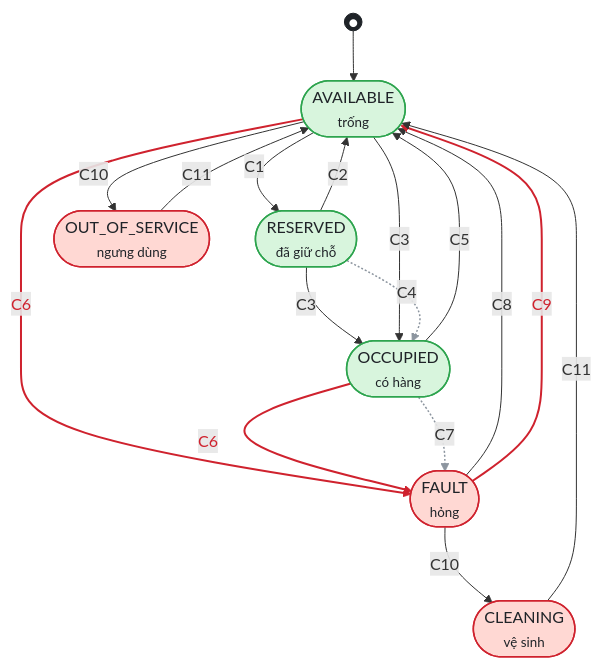
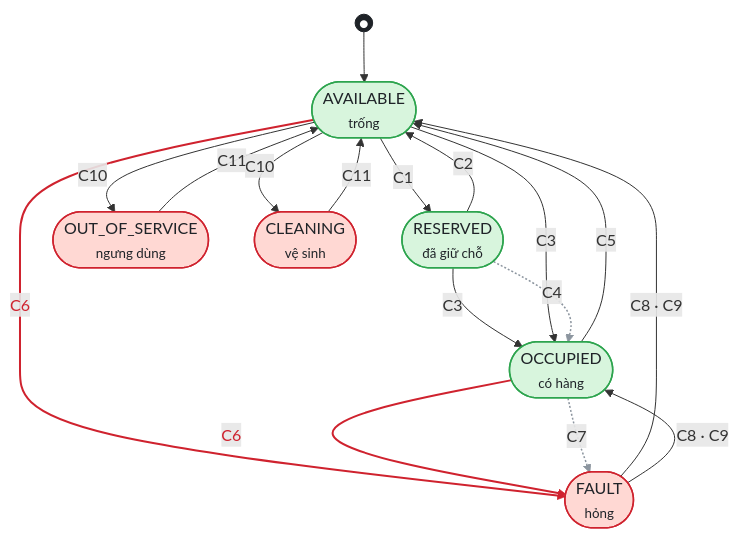
One commit to LockR-Tech/docs changed the diagram in diagrams/src/locker-cell-status.mmd. Above: the diagram before and after it, drawn with Mermaid. The commit also changed 14 other files, not shown here.

First line of the commit message:
docs: cập nhật luồng 2–5 (gửi hàng, thuê ô, bảo trì KTV tủ, trợ lý RAG) (#20)

```diff
--- a/diagrams/src/locker-cell-status.mmd
+++ b/diagrams/src/locker-cell-status.mmd
@@ -1,47 +1,47 @@
 %% @title Trạng thái Ô tủ — locker_boxes.status
-%% @subtitle Nguồn: <code>locker-service/…/model/LockerBox.java:50-55</code> · <code>LockerService.java:121-301</code> · <code>iot-service/…/IotService.java</code> — Luồng 2 &amp; 3 — rà soát code 2026-09-13
+%% @subtitle Nguồn: <code>locker-service/…/model/LockerBox.java</code> · <code>LockerService.java</code> · <code>iot-service/…/IotService.java</code> — Luồng 2 &amp; 3 — rà soát 2026-09-13, cập nhật 2026-09-21 theo backend #22
 %% @orientation portrait
 %% @legend <span class="sw ok"></span>Vòng đời thuê/gửi
 %% @legend <span class="sw bad"></span>Lỗi / bảo trì
 %% @legend <b>━</b> đã code &nbsp;<b style="color:#8c959f">┅</b> CHƯA code &nbsp;<b style="color:#cf222e">━</b> lỗ hổng
-%% @row C1 | AVAILABLE → RESERVED | <code>reserveBox</code> khi tạo đơn (nội bộ order→locker) | hệ thống | ô DRONE chỉ giữ được với channel=DRONE; <code>reservedUntil</code> = +24h; đồng bộ xuống tủ qua MQTT
+%% @row C1 | AVAILABLE → RESERVED | <code>reserveBox</code> khi tạo đơn (nội bộ order→locker) | hệ thống | tủ MAINTENANCE/INACTIVE bị từ chối (<code>LOCKER_NOT_ACTIVE</code>); ô DRONE chỉ giữ được với channel=DRONE; <code>reservedUntil</code> = +24h; đồng bộ xuống tủ qua MQTT
 %% @row C2 | RESERVED → AVAILABLE | quét TTL mỗi giờ · huỷ đơn | hệ thống | quét TTL không báo tủ; <b>có thể nhả ô của đơn drone còn chờ điều phối &gt; 24h</b>
-%% @row C3 | AVAILABLE · RESERVED → OCCUPIED | <code>occupyBox</code> khi <code>PUT /api/orders/{id}/confirm</code> | chủ đơn (qua app) | lỗi bị nuốt (best-effort); drone gửi hàng <b>không</b> set OCCUPIED
+%% @row C3 | AVAILABLE · RESERVED → OCCUPIED | <code>occupyBox</code> khi đơn được xác nhận bỏ hàng (app hoặc kiosk) | chủ đơn · người gửi tại tủ | lỗi bị nuốt (best-effort); drone gửi hàng <b>không</b> set OCCUPIED
 %% @row ~C4 | RESERVED → OCCUPIED · OCCUPIED → AVAILABLE | cảm biến cửa / kết quả mở tủ từ phần cứng | iot-service | CHƯA CÓ: trạng thái phần cứng được lưu nhưng không điều khiển vòng đời ô/đơn
-%% @row C5 | OCCUPIED → AVAILABLE | <code>releaseBox</code> khi đơn COMPLETED · EXPIRED · CANCELED | hệ thống | không nhả nếu ô đang FAULT / OUT_OF_SERVICE / CLEANING
-%% @row xC6 | mọi → FAULT | <code>POST /api/boxes/{id}/fault</code> | <b>mọi JWT, mọi ô</b> | không guard (kể cả ô đang có hàng); mỗi lần gọi mở 1 ticket mới
+%% @row C5 | OCCUPIED → AVAILABLE | <code>releaseBox</code> khi đơn COMPLETED · EXPIRED · CANCELED | hệ thống | ô đang FAULT / OUT_OF_SERVICE / CLEANING thì giữ nguyên; ô FAULT thì quên trạng thái đơn đã nhớ (sửa xong về AVAILABLE)
+%% @row xC6 | mọi → FAULT | <code>POST /api/boxes/{id}/fault</code> | <b>mọi JWT, mọi ô</b> | nhớ trạng thái trước khi hỏng (<code>pre_fault_status</code>); ô đã có phiếu mở ⇒ gộp vào phiếu đó; phiếu định tuyến cho KTV phụ trách tủ. Vẫn chưa kiểm người báo có liên quan tới ô (SEC-06)
 %% @row ~C7 | mọi → FAULT | mở tủ FAILED/JAMMED · heartbeat mất | iot-service | CHƯA CÓ tự động báo hỏng — hiện chỉ ghi access log
-%% @row C8 | FAULT → AVAILABLE | xử lý xong ticket (<code>resolve</code>) | LOCKER_TECHNICIAN · DRONE_TECHNICIAN · ADMIN | ô phải đang FAULT; không kiểm tra người được giao
-%% @row xC9 | mọi → AVAILABLE | <code>POST /api/locker-technician/boxes/{id}/clear-fault</code> | LOCKER_TECHNICIAN · DRONE_TECHNICIAN · ADMIN | <b>không guard</b>: giải phóng được ô đang có hàng; ticket vẫn OPEN
-%% @row C10 | AVAILABLE · FAULT → OUT_OF_SERVICE · CLEANING | <code>…/out-of-service</code> · <code>…/cleaning</code> | LOCKER_TECHNICIAN · DRONE_TECHNICIAN · ADMIN | cấm khi RESERVED/OCCUPIED; FAULT → CLEANING → AVAILABLE lách qua bước xoá lỗi
-%% @row C11 | OUT_OF_SERVICE · CLEANING → AVAILABLE | <code>…/return-to-service</code> | LOCKER_TECHNICIAN · DRONE_TECHNICIAN · ADMIN | không đồng bộ trạng thái xuống tủ
+%% @row C8 | FAULT → trạng thái trước khi hỏng | hoàn tất phiếu (<code>resolve</code>, KTV hoặc admin) | KTV được giao · ADMIN | về AVAILABLE / RESERVED / OCCUPIED như lúc báo hỏng; còn phiếu mở khác của ô thì giữ FAULT
+%% @row C9 | FAULT → trạng thái trước khi hỏng | <code>…/clear-fault</code> | LOCKER_TECHNICIAN · ADMIN | chỉ từ FAULT (409 <code>BOX_NOT_FAULT</code>); ô có phiếu mở ⇒ đi qua hoàn tất phiếu (chỉ người được giao, áp luật ảnh nghiệm thu)
+%% @row C10 | AVAILABLE → OUT_OF_SERVICE · CLEANING | <code>…/out-of-service</code> · <code>…/cleaning</code> | LOCKER_TECHNICIAN · ADMIN | cấm khi RESERVED/OCCUPIED và khi FAULT (409 <code>BOX_IN_FAULT</code>)
+%% @row C11 | OUT_OF_SERVICE · CLEANING → AVAILABLE | <code>…/return-to-service</code> | LOCKER_TECHNICIAN · ADMIN | không đồng bộ trạng thái xuống tủ
 %% @row xC12 | mọi → chuỗi bất kỳ | <code>updateBoxStatus</code> (admin) | ADMIN | web ghi giá trị <code>MAINTENANCE</code> không tồn tại ⇒ return-to-service từ chối
-%% @note Force-open (<code>POST /api/locker-technician/boxes/{id}/force-open</code>) mở cửa vật lý nhưng không đổi trạng thái ô. Locker ở trạng thái MAINTENANCE vẫn cho đặt ô (<code>findAvailableBox</code> không kiểm tra).
+%% @note Force-open (<code>POST /api/locker-technician/boxes/{id}/force-open</code>) mở cửa vật lý nhưng không đổi trạng thái ô. Tủ MAINTENANCE/INACTIVE: không nhận đặt ô, danh sách ô trống rỗng, <code>availableBoxes</code> = 0. Báo cáo sự cố chặn cả tủ (chỉ KTV tủ/ADMIN) đưa tủ vào MAINTENANCE; đóng phiếu chặn cuối cùng ⇒ tủ ACTIVE.
 %%{init: {"flowchart": {"nodeSpacing": 46, "rankSpacing": 50, "padding": 8, "curve": "basis"}}}%%
 flowchart TB
     S(("●")) --> AV(["AVAILABLE<br/><small>trống</small>"])
     AV -->|C1| RES(["RESERVED<br/><small>đã giữ chỗ</small>"])
     RES -->|C2| AV
     RES -->|C3| OCC(["OCCUPIED<br/><small>có hàng</small>"])
     AV -->|C3| OCC
     RES -.->|C4| OCC
     OCC -->|C5| AV
     AV -->|C6| FAULT(["FAULT<br/><small>hỏng</small>"])
     OCC -->|C6| FAULT
     OCC -.->|C7| FAULT
-    FAULT -->|C8| AV
-    FAULT -->|C9| AV
+    FAULT -->|C8 · C9| AV
+    FAULT -->|C8 · C9| OCC
     AV -->|C10| OOS(["OUT_OF_SERVICE<br/><small>ngưng dùng</small>"])
-    FAULT -->|C10| CLEAN(["CLEANING<br/><small>vệ sinh</small>"])
+    AV -->|C10| CLEAN(["CLEANING<br/><small>vệ sinh</small>"])
     OOS -->|C11| AV
     CLEAN -->|C11| AV
 
     classDef ok fill:#d8f5dd,stroke:#2da44e,stroke-width:1.5px,color:#1f2328
     classDef bad fill:#ffd8d3,stroke:#cf222e,stroke-width:1.5px,color:#1f2328
     classDef term fill:#1f2328,stroke:#1f2328,color:#ffffff
     class AV,RES,OCC ok
     class FAULT,OOS,CLEAN bad
     class S term
 
     linkStyle 5,9 stroke:#8c959f,stroke-width:1.5px
-    linkStyle 7,8,11 stroke:#cf222e,stroke-width:2px,color:#cf222e
+    linkStyle 7,8 stroke:#cf222e,stroke-width:2px,color:#cf222e
```
